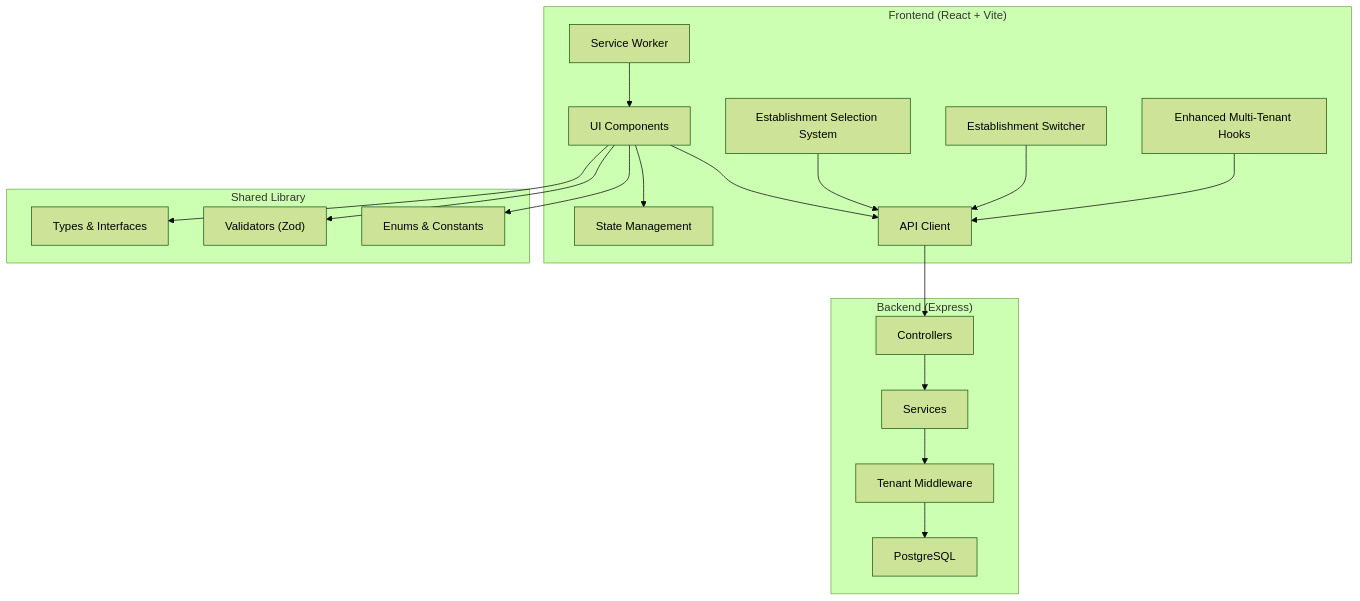
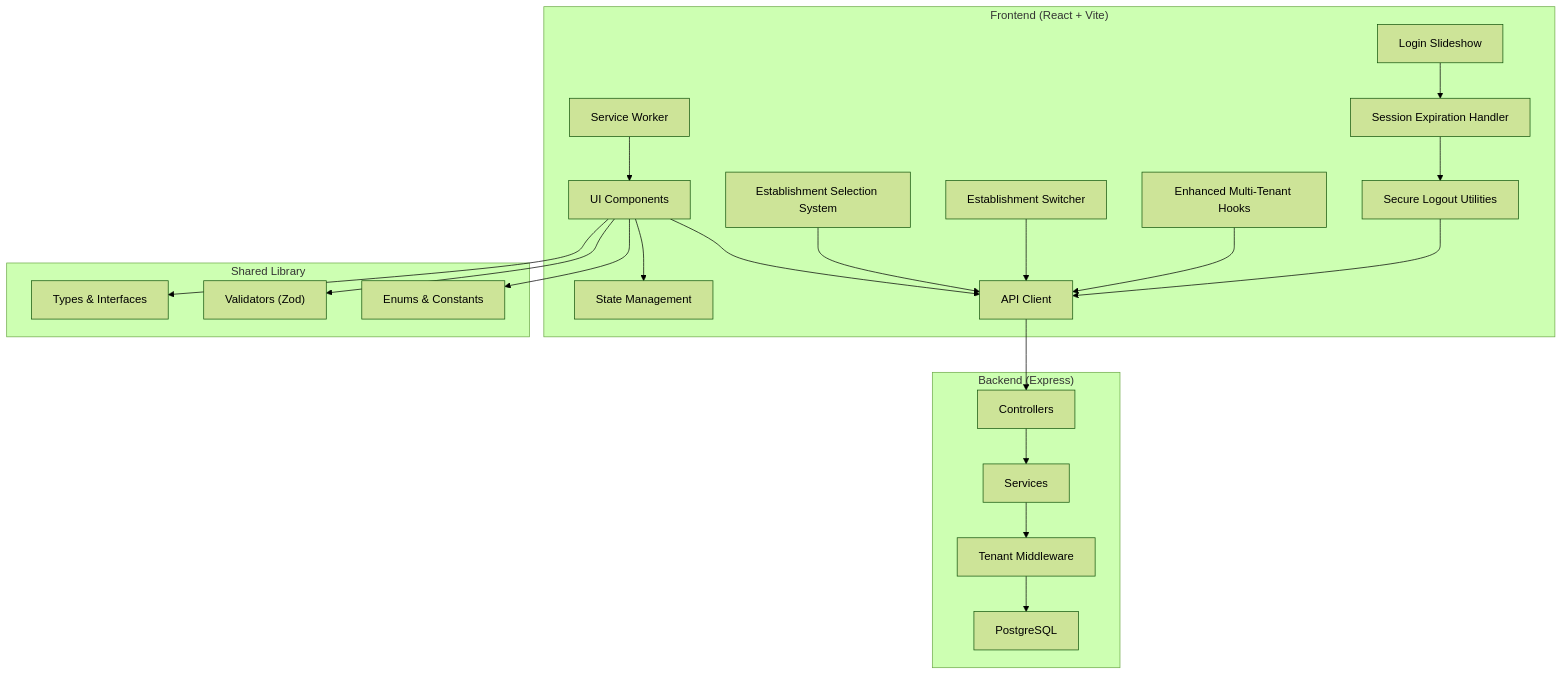
Before and after one commit to franckylab/eLISAschool: the second of 15 diagrams in .qoder/repowiki/en/content/Frontend & PWA Implementation/Frontend & PWA Implementation.md, drawn with Mermaid (forest theme). The commit also changed other lines of this file and 53 other files, not shown here.

````diff
--- a/.qoder/repowiki/en/content/Frontend & PWA Implementation/Frontend & PWA Implementation.md
+++ b/.qoder/repowiki/en/content/Frontend & PWA Implementation/Frontend & PWA Implementation.md
@@ -131,36 +134,42 @@
 ```mermaid
 graph TB
 subgraph "Frontend (React + Vite)"
 UI["UI Components"]
 State["State Management"]
 API["API Client"]
 SW["Service Worker"]
 EstablishmentSelection["Establishment Selection System"]
 EstablishmentSwitcher["Establishment Switcher"]
 MultiTenantHooks["Enhanced Multi-Tenant Hooks"]
+LoginSlideshow["Login Slideshow"]
+SessionExpired["Session Expiration Handler"]
+SecureLogout["Secure Logout Utilities"]
 end
 subgraph "Shared Library"
 Types["Types & Interfaces"]
 Validators["Validators (Zod)"]
 Enums["Enums & Constants"]
 end
 subgraph "Backend (Express)"
 Controllers["Controllers"]
 Services["Services"]
 TenantMiddleware["Tenant Middleware"]
 DB["PostgreSQL"]
 end
 UI --> State
 UI --> API
 API --> Controllers
 Controllers --> Services
 Services --> TenantMiddleware
 TenantMiddleware --> DB
 UI --> Types
 UI --> Validators
 UI --> Enums
 SW --> UI
 EstablishmentSelection --> API
 EstablishmentSwitcher --> API
 MultiTenantHooks --> API
+LoginSlideshow --> SessionExpired
+SessionExpired --> SecureLogout
+SecureLogout --> API
 ```
````
